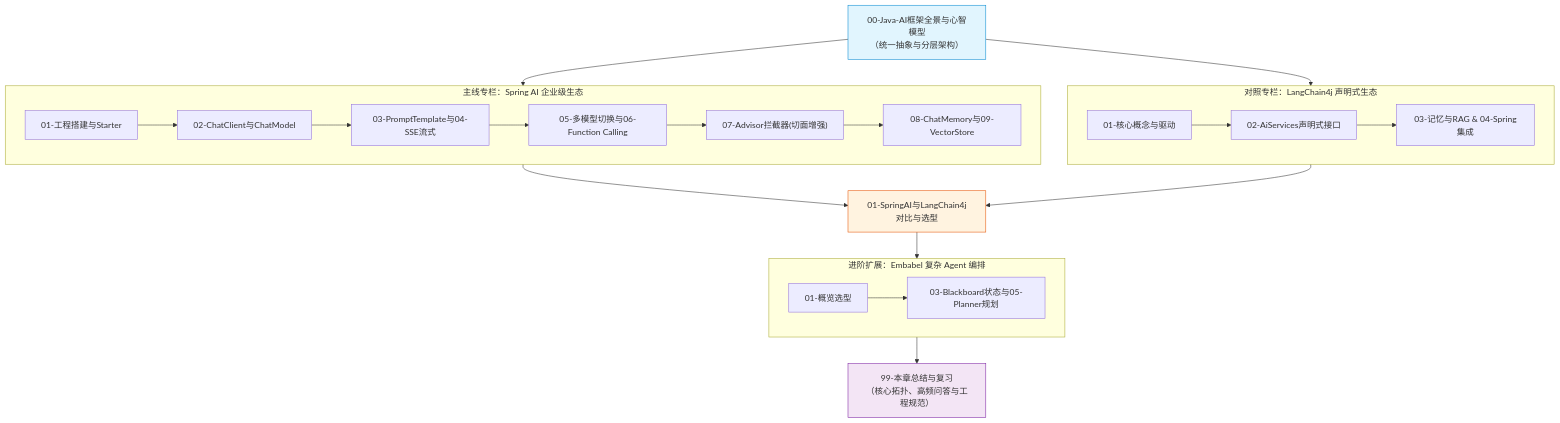
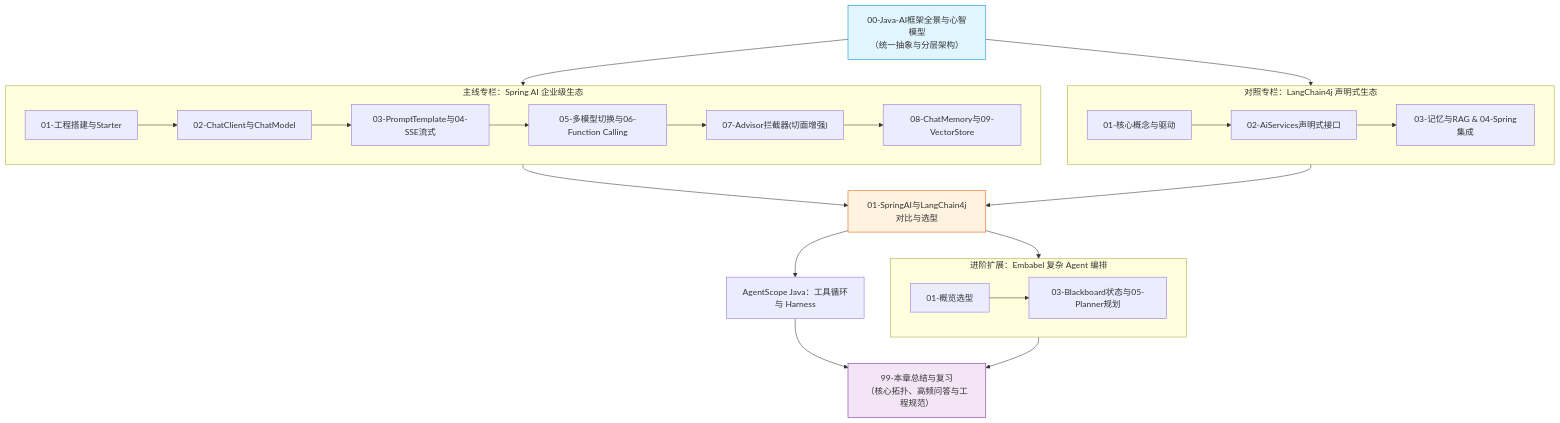
The diagram in 10-AI应用开发/02-框架-SpringAI与LangChain4j/_index.md (GuoWWWX/knowledge-base), drawn with Mermaid before and after one commit. The commit also changed other lines of this file and 368 other files, not shown here.

````diff
--- a/10-AI应用开发/02-框架-SpringAI与LangChain4j/_index.md
+++ b/10-AI应用开发/02-框架-SpringAI与LangChain4j/_index.md
@@ -22,31 +22,33 @@
 ```mermaid
 flowchart TD
     M0["00-Java-AI框架全景与心智模型<br/>（统一抽象与分层架构）"] --> S1
     M0 --> S2
 
     subgraph S1["主线专栏：Spring AI 企业级生态"]
         B1["01-工程搭建与Starter"] --> B2["02-ChatClient与ChatModel"]
         B2 --> B3["03-PromptTemplate与04-SSE流式"]
         B3 --> B4["05-多模型切换与06-Function Calling"]
         B4 --> B5["07-Advisor拦截器(切面增强)"]
         B5 --> B6["08-ChatMemory与09-VectorStore"]
     end
 
     subgraph S2["对照专栏：LangChain4j 声明式生态"]
         C1["01-核心概念与驱动"] --> C2["02-AiServices声明式接口"]
         C2 --> C3["03-记忆与RAG & 04-Spring集成"]
     end
 
     subgraph S3["进阶扩展：Embabel 复杂 Agent 编排"]
         D1["01-概览选型"] --> D2["03-Blackboard状态与05-Planner规划"]
     end
 
     S1 --> CMP["01-SpringAI与LangChain4j对比与选型"]
     S2 --> CMP
     CMP --> S3
+    CMP --> AS["AgentScope Java：工具循环与 Harness"]
+    AS --> FIN
     S3 --> FIN["99-本章总结与复习<br/>（核心拓扑、高频问答与工程规范）"]
 
     style M0 fill:#e1f5fe,stroke:#0288d1,stroke-width:1px
     style CMP fill:#fff3e0,stroke:#e65100,stroke-width:1px
     style FIN fill:#f3e5f5,stroke:#7b1fa2,stroke-width:1px
 ```
````
